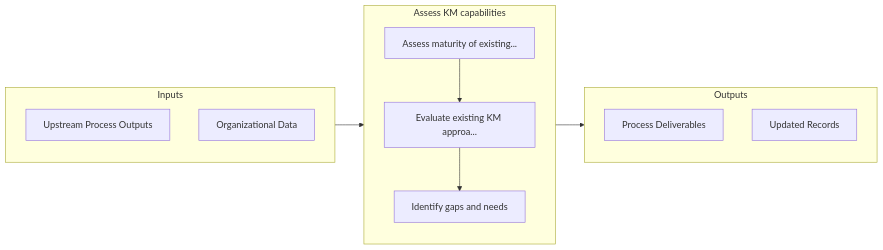
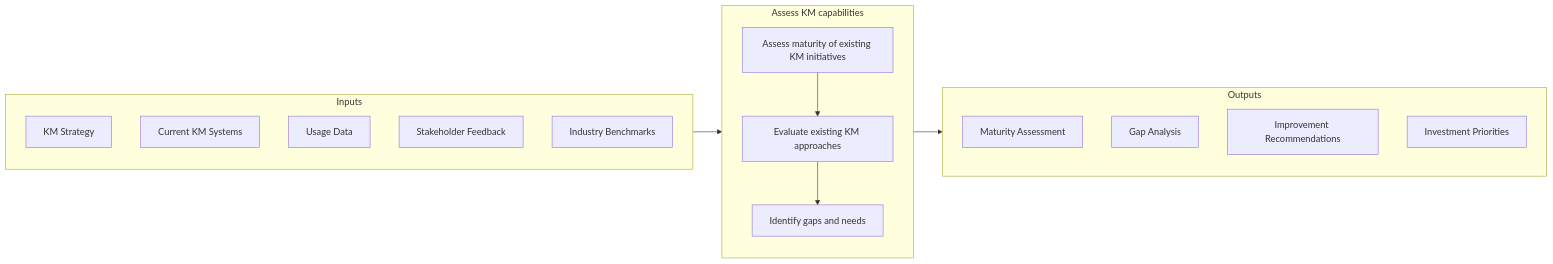
Before and after one commit to kziemski/business.org.ai: the second of 2 diagrams in processes/13-Capabilities/13.5.2-AssessKMCapabilities/index.mdx, drawn with Mermaid. The commit also changed other lines of this file and 885 other files, not shown here.

````diff
--- a/processes/13-Capabilities/13.5.2-AssessKMCapabilities/index.mdx
+++ b/processes/13-Capabilities/13.5.2-AssessKMCapabilities/index.mdx
@@ -60,22 +63,27 @@
 ```mermaid
 flowchart LR
     subgraph Inputs["Inputs"]
-        I1["Upstream Process Outputs"]
-        I2["Organizational Data"]
+        I1["KM Strategy"]
+        I2["Current KM Systems"]
+        I3["Usage Data"]
+        I4["Stakeholder Feedback"]
+        I5["Industry Benchmarks"]
     end
 
     subgraph Process["Assess KM capabilities"]
-        S1["Assess maturity of existing..."]
-        S2["Evaluate existing KM approa..."]
+        S1["Assess maturity of existing KM initiatives"]
+        S2["Evaluate existing KM approaches"]
         S3["Identify gaps and needs"]
     end
 
     subgraph Outputs["Outputs"]
-        O1["Process Deliverables"]
-        O2["Updated Records"]
+        O1["Maturity Assessment"]
+        O2["Gap Analysis"]
+        O3["Improvement Recommendations"]
+        O4["Investment Priorities"]
     end
 
     Inputs --> Process --> Outputs
     S1 --> S2
     S2 --> S3
 ```
````
